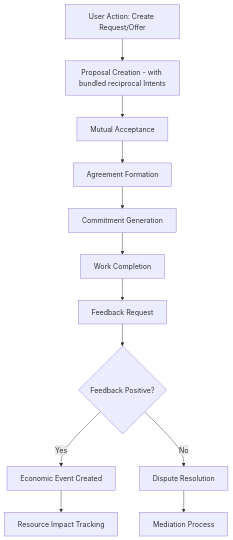
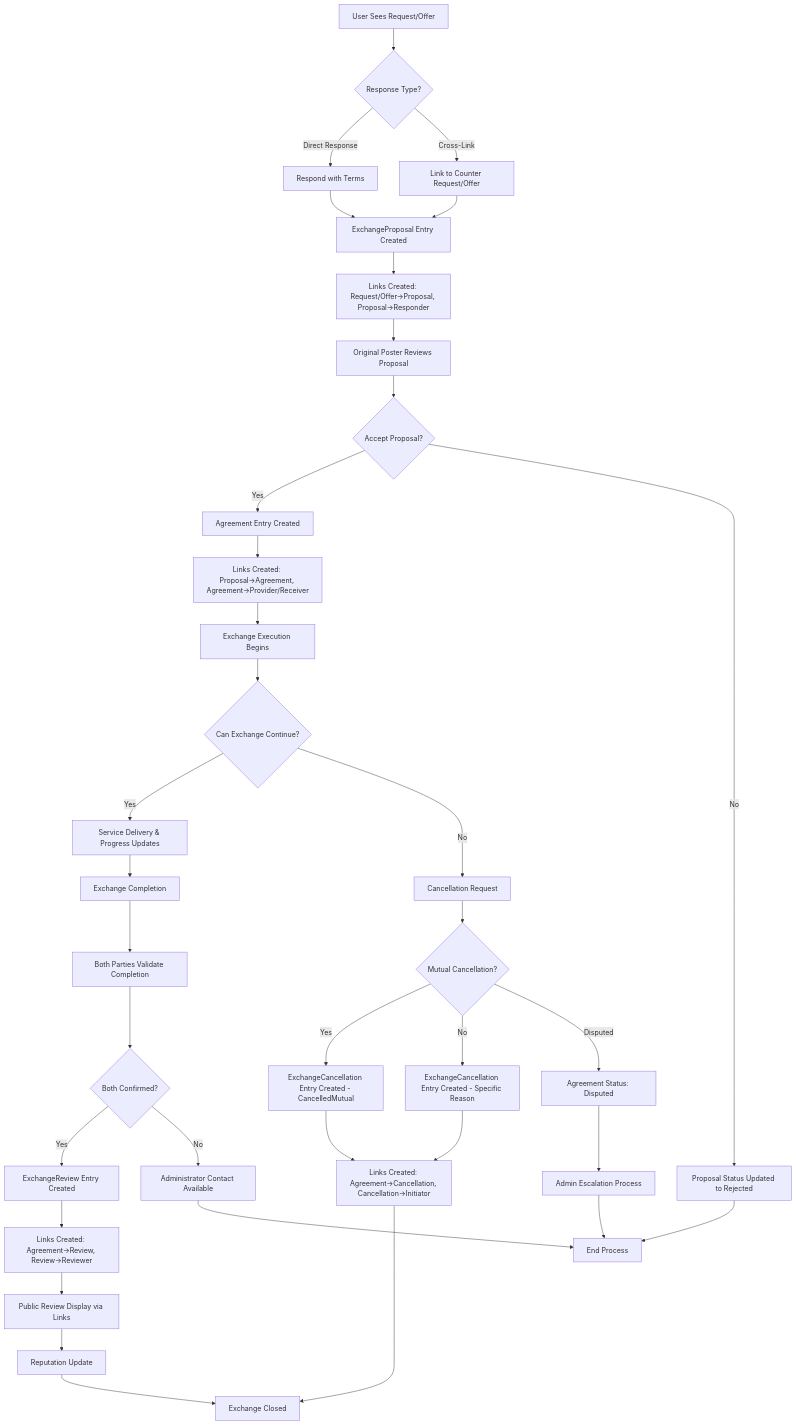
Before and after one commit to happenings-community/requests-and-offers: the diagram in documentation/task-lists/hrea-exchange-process-plan.md, drawn with Mermaid. The commit also changed other lines of this file and 1 other file, not shown here.

First line of the commit message:
feat(exchange): pivot to native Holochain implementation for Alpha 6

````diff
--- a/documentation/task-lists/hrea-exchange-process-plan.md
+++ b/documentation/task-lists/hrea-exchange-process-plan.md
@@ -103,14 +266,38 @@
 ```mermaid
 graph TD
-    A[User Action: Create Request/Offer] --> B[Proposal Creation - with bundled reciprocal Intents]
-    B --> C[Mutual Acceptance]
-    C --> D[Agreement Formation]
-    D --> E[Commitment Generation]
-    E --> F[Work Completion]
-    F --> G[Feedback Request]
-    G --> H{Feedback Positive?}
-    H -->|Yes| I[Economic Event Created]
-    H -->|No| J[Dispute Resolution]
-    I --> K[Resource Impact Tracking]
-    J --> L[Mediation Process]
+    A[User Sees Request/Offer] --> B{Response Type?}
+    B -->|Direct Response| C[Respond with Terms]
+    B -->|Cross-Link| D[Link to Counter Request/Offer]
+    C --> E[ExchangeProposal Entry Created]
+    D --> E
+    E --> F[Links Created: Request/Offer→Proposal, Proposal→Responder]
+    F --> G[Original Poster Reviews Proposal]
+    G --> H{Accept Proposal?}
+    H -->|Yes| I[Agreement Entry Created]
+    H -->|No| J[Proposal Status Updated to Rejected]
+    I --> K[Links Created: Proposal→Agreement, Agreement→Provider/Receiver]
+    K --> L[Exchange Execution Begins]
+    L --> M{Can Exchange Continue?}
+    M -->|Yes| N[Service Delivery & Progress Updates]
+    M -->|No| O[Cancellation Request]
+    N --> P[Exchange Completion]
+    O --> Q{Mutual Cancellation?}
+    Q -->|Yes| R[ExchangeCancellation Entry Created - CancelledMutual]
+    Q -->|No| S[ExchangeCancellation Entry Created - Specific Reason]
+    Q -->|Disputed| T[Agreement Status: Disputed]
+    P --> U[Both Parties Validate Completion]
+    U --> V{Both Confirmed?}
+    V -->|Yes| W[ExchangeReview Entry Created]
+    V -->|No| X[Administrator Contact Available]
+    W --> Y[Links Created: Agreement→Review, Review→Reviewer]
+    Y --> Z[Public Review Display via Links]
+    Z --> AA[Reputation Update]
+    R --> BB[Links Created: Agreement→Cancellation, Cancellation→Initiator]
+    S --> BB
+    T --> CC[Admin Escalation Process]
+    J --> DD[End Process]
+    X --> DD
+    CC --> DD
+    AA --> EE[Exchange Closed]
+    BB --> EE
 ```
````
